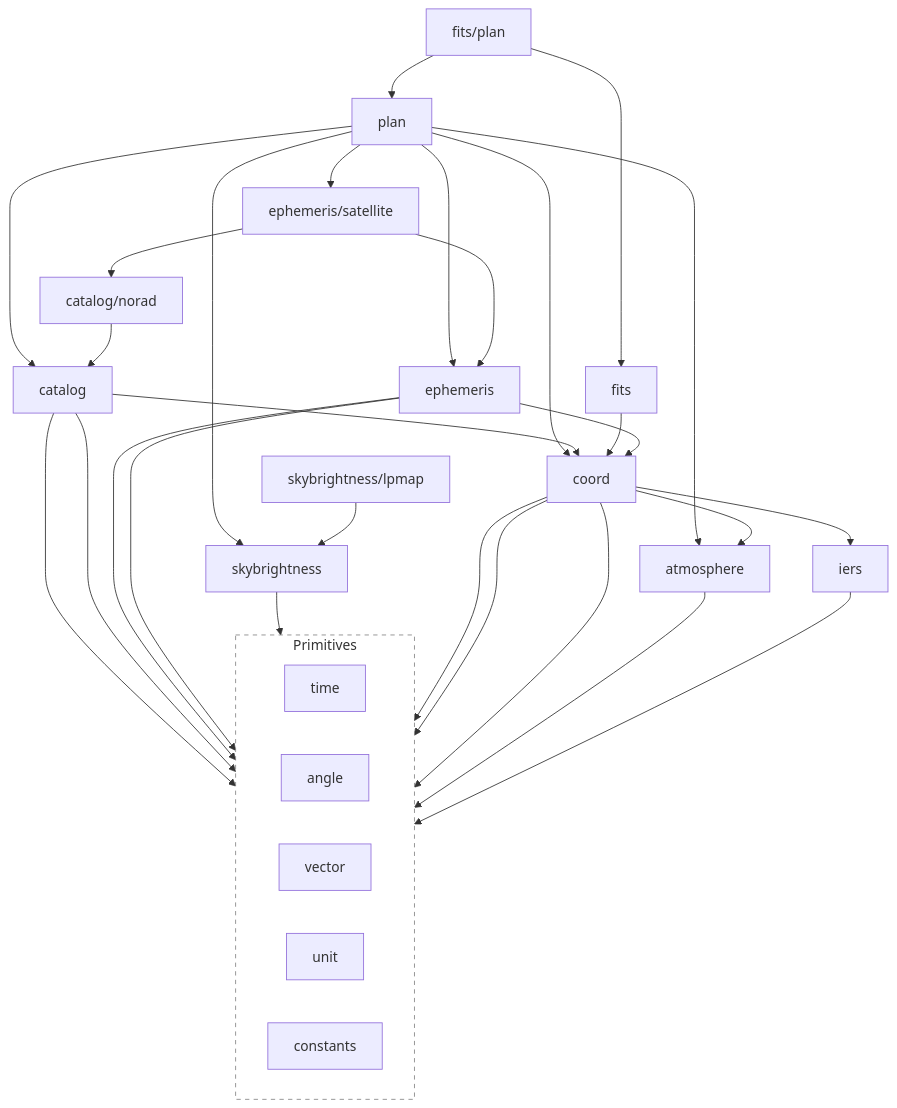
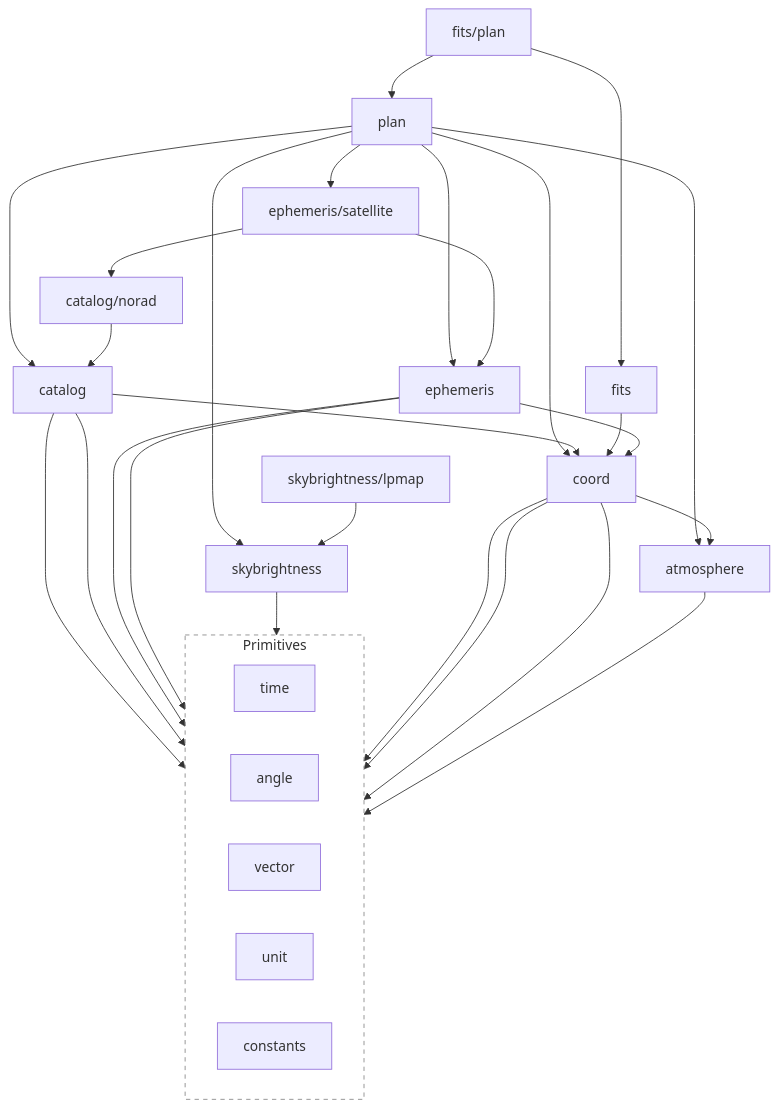
One commit to TuSKan/astrogo changed the diagram in README.md. Above: the diagram before and after it, drawn with Mermaid. The commit also changed other lines of this file and 29 other files, not shown here.

````diff
--- a/README.md
+++ b/README.md
@@ -525,67 +525,63 @@
 ```mermaid
 flowchart TD
     %% High-level Orchestration
     plan[plan]
     catalog[catalog]
     fitsplan["fits/plan"]
 
     %% Scientific Engines
     ephemeris[ephemeris]
     coord[coord]
     atmosphere[atmosphere]
     fits[fits]
     skybrightness[skybrightness]
 
     %% Data Providers
-    iers[iers]
     lpmap["skybrightness/lpmap"]
 
     %% Primitive Foundation
     subgraph Primitives
         direction LR
         time[time]
         angle[angle]
         vector[vector]
         unit[unit]
         constants[constants]
     end
 
     %% Dependency mappings (Top-Down: A imports B)
     plan --> coord
     plan --> ephemeris
     plan --> catalog
     plan --> atmosphere
     plan --> skybrightness
 
     fitsplan --> fits
     fitsplan --> plan
 
     catalog --> coord
     catalog --> time
     catalog --> angle
 
     fits --> coord
 
     ephemeris --> time
     ephemeris --> vector
     ephemeris --> coord
     satellite["ephemeris/satellite"] --> ephemeris
     satellite --> norad
     norad["catalog/norad"] --> catalog
     plan --> satellite
 
     skybrightness --> angle
     lpmap --> skybrightness
 
-    coord --> iers
     coord --> atmosphere
     coord --> time
     coord --> vector
     coord --> angle
 
     atmosphere --> angle
 
-    iers --> time
-
     style Primitives fill:transparent,stroke:#888,stroke-dasharray: 5 5
 ```
````
